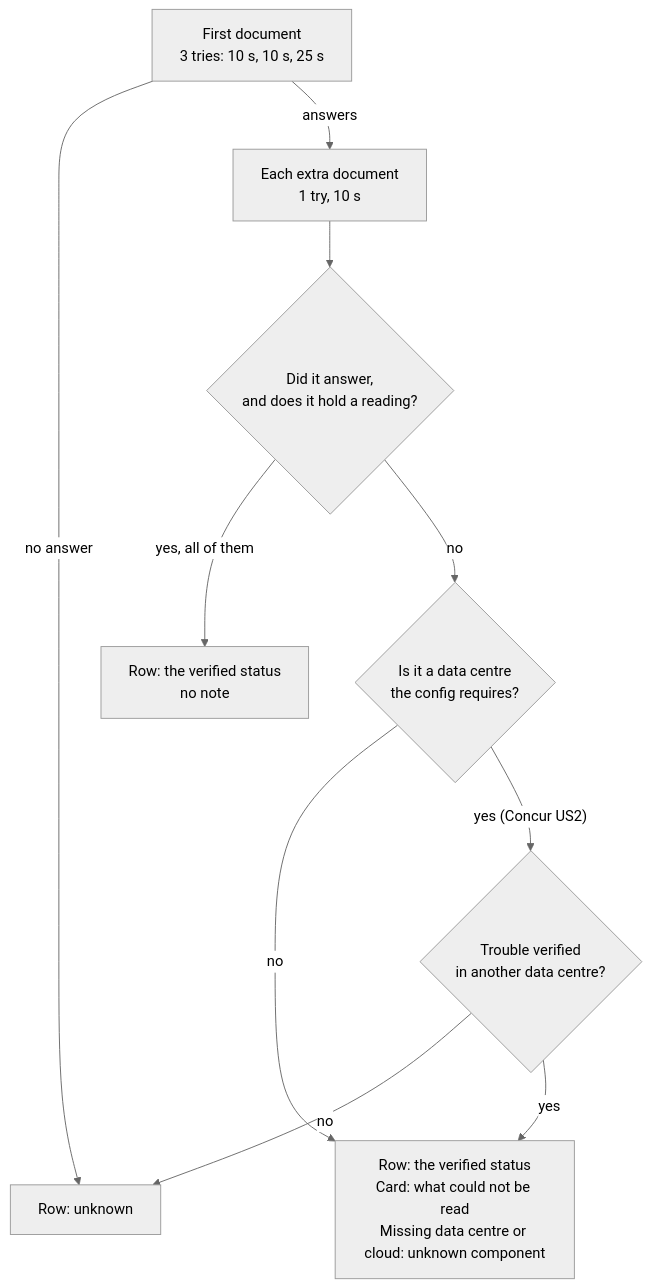
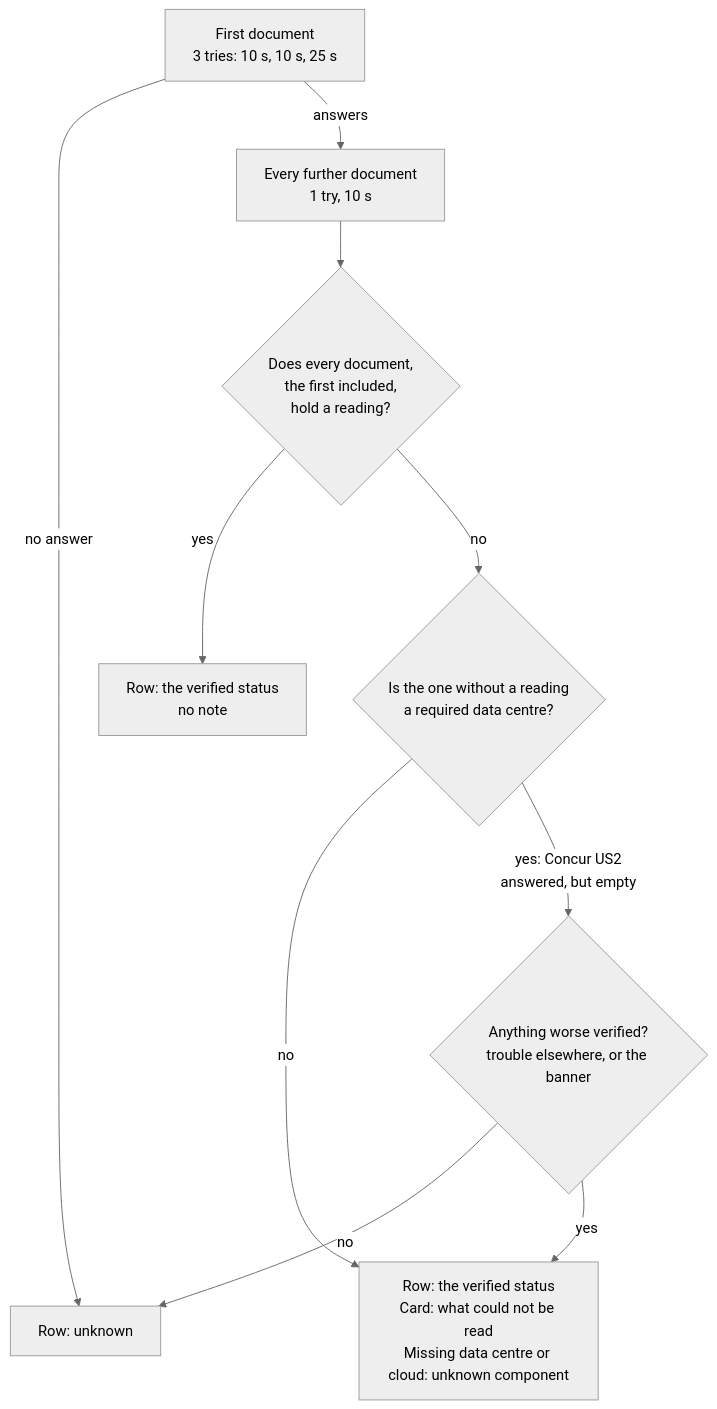
One commit to bjgreenberg/vendor-dashboard changed the fourth of 5 diagrams in README.md. Above: the diagram before and after it, drawn with Mermaid (neutral theme). The commit also changed other lines of this file and 8 other files, not shown here.

First line of the commit message:
fix(engine): one bad entry never costs the rest of a document

````diff
--- a/README.md
+++ b/README.md
@@ -326,12 +331,12 @@
 ```mermaid
 flowchart TD
     first["First document<br/>3 tries: 10 s, 10 s, 25 s"] -->|"no answer"| unk["Row: unknown"]
-    first -->|"answers"| extra["Each extra document<br/>1 try, 10 s"]
-    extra --> q{"Did it answer,<br/>and does it hold a reading?"}
-    q -->|"yes, all of them"| whole["Row: the verified status<br/>no note"]
-    q -->|"no"| req{"Is it a data centre<br/>the config requires?"}
+    first -->|"answers"| extra["Every further document<br/>1 try, 10 s"]
+    extra --> q{"Does every document,<br/>the first included,<br/>hold a reading?"}
+    q -->|"yes"| whole["Row: the verified status<br/>no note"]
+    q -->|"no"| req{"Is the one without a reading<br/>a required data centre?"}
     req -->|"no"| part["Row: the verified status<br/>Card: what could not be read<br/>Missing data centre or cloud: unknown component"]
-    req -->|"yes (Concur US2)"| worse{"Trouble verified<br/>in another data centre?"}
+    req -->|"yes: Concur US2<br/>answered, but empty"| worse{"Anything worse verified?<br/>trouble elsewhere, or the banner"}
     worse -->|"no"| unk
     worse -->|"yes"| part
 ```
````
